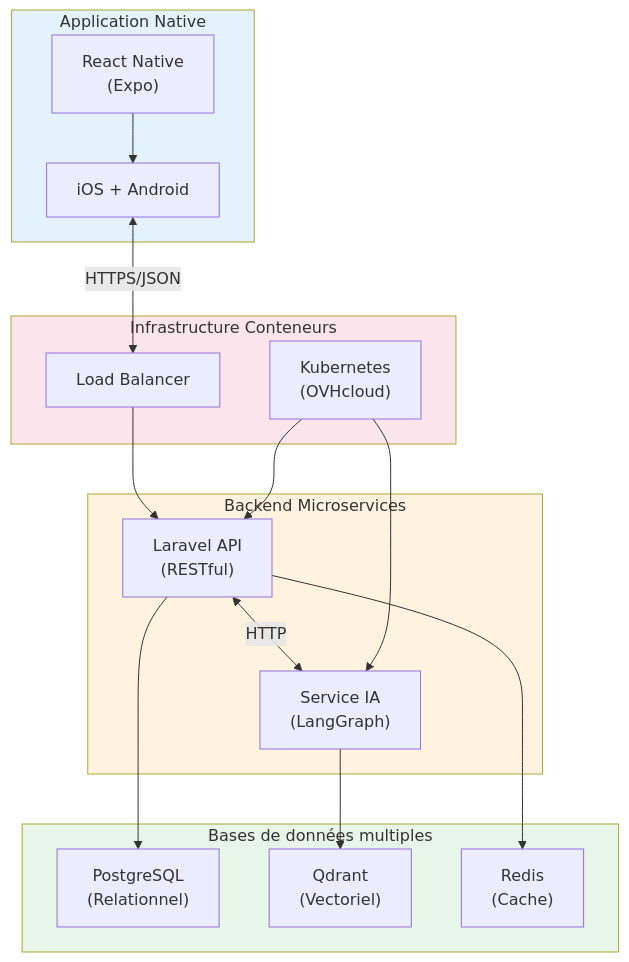
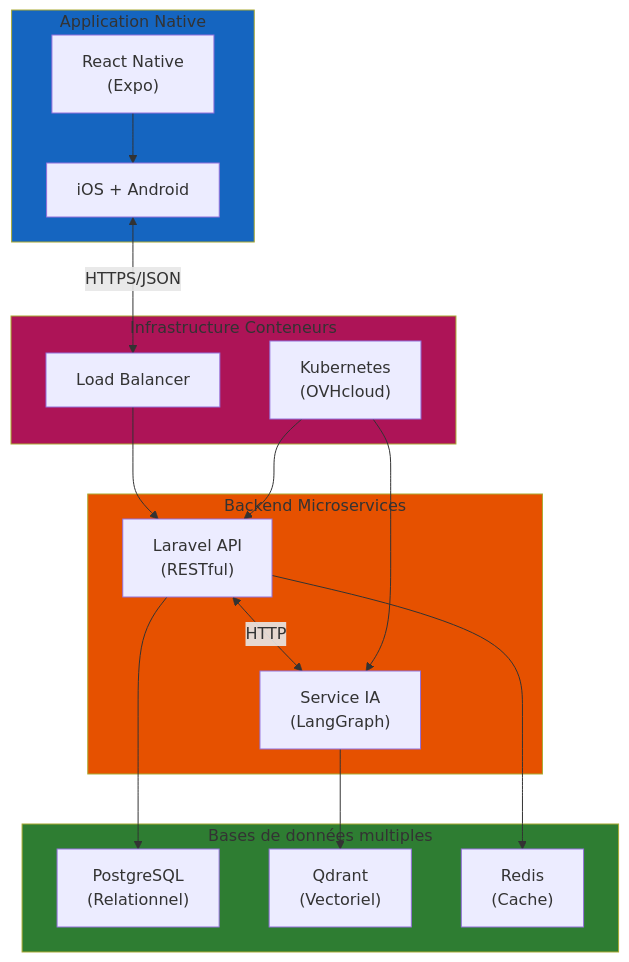
Before and after one commit to mindlet-app/docs: the fourth of 4 diagrams in src/content/docs/projet/cahier-des-charges.mdx, drawn with Mermaid. The commit also changed other lines of this file and 17 other files, not shown here.

First line of the commit message:
feat: Update Mermaid diagrams and enhance documentation clarity

````diff
--- a/src/content/docs/projet/cahier-des-charges.mdx
+++ b/src/content/docs/projet/cahier-des-charges.mdx
@@ -412,39 +412,39 @@
 ```mermaid
 flowchart TB
     subgraph Frontend["Application Native"]
         RN["React Native\n(Expo)"]
         RN2["iOS + Android"]
     end
 
     subgraph Backend["Backend Microservices"]
         API["Laravel API\n(RESTful)"]
         IA["Service IA\n(LangGraph)"]
     end
 
     subgraph Data["Bases de données multiples"]
         PG["PostgreSQL\n(Relationnel)"]
         QD["Qdrant\n(Vectoriel)"]
         RD["Redis\n(Cache)"]
     end
 
     subgraph Infra["Infrastructure Conteneurs"]
         K8S["Kubernetes\n(OVHcloud)"]
         LB["Load Balancer"]
     end
 
     RN --> RN2
     RN2 <-->|"HTTPS/JSON"| LB
     LB --> API
     API <-->|"HTTP"| IA
     API --> PG
     API --> RD
     IA --> QD
 
     K8S --> API
     K8S --> IA
 
-    style Frontend fill:#e3f2fd
-    style Backend fill:#fff3e0
-    style Data fill:#e8f5e9
-    style Infra fill:#fce4ec
+    style Frontend fill:#1565c0
+    style Backend fill:#e65100
+    style Data fill:#2e7d32
+    style Infra fill:#ad1457
 ```
````
